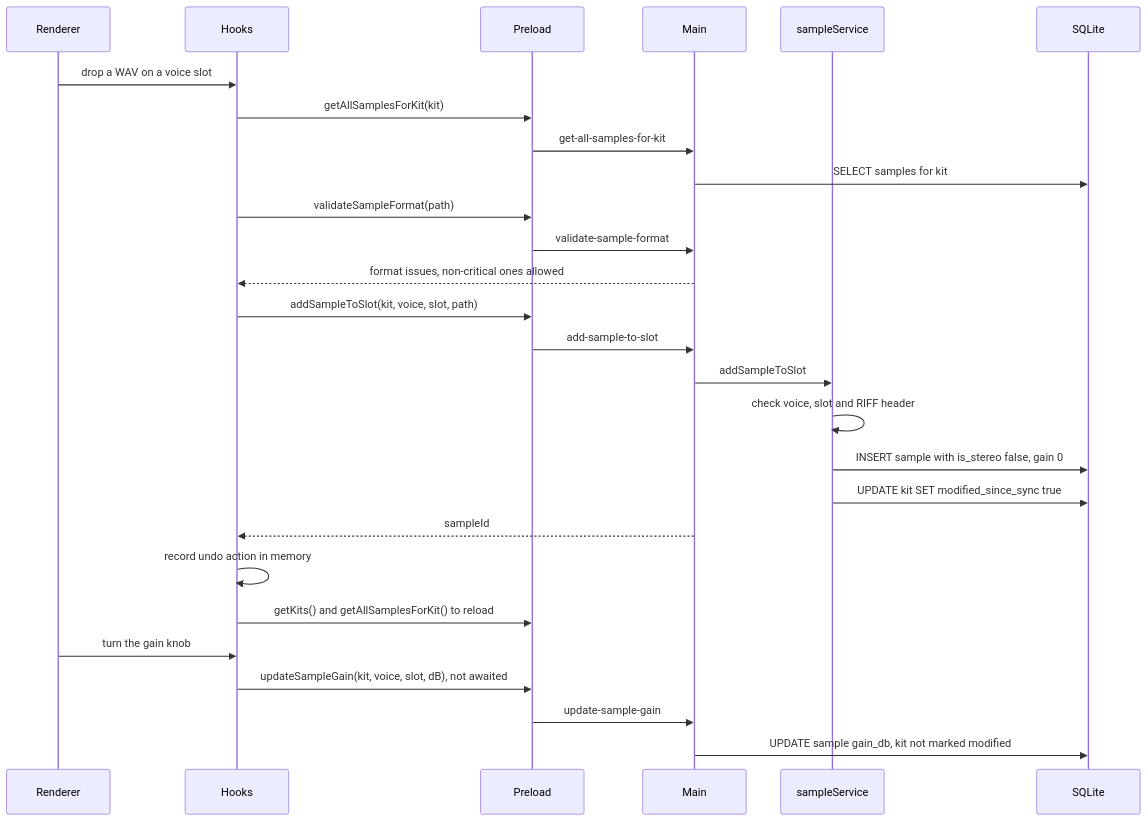
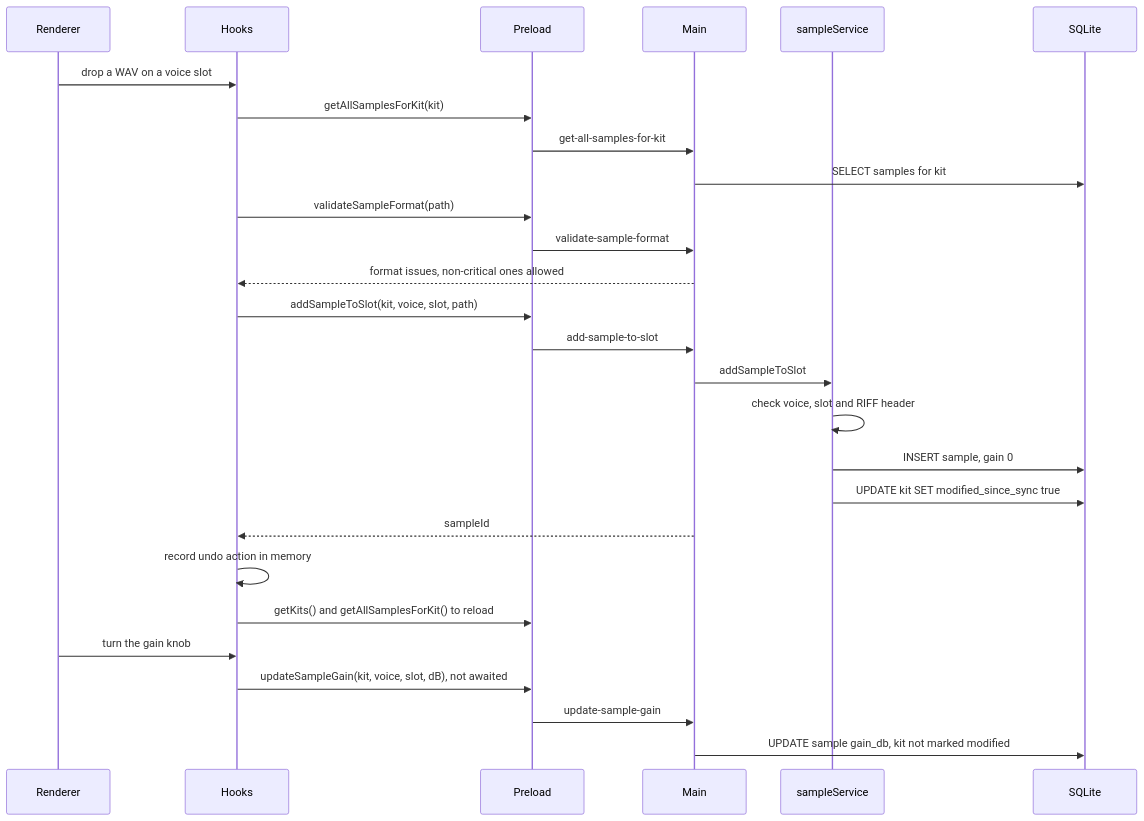
The third of 4 diagrams in aidlc-docs/inception/reverse-engineering/architecture.md (peteb4ker/romper), drawn with Mermaid before and after one commit. The commit also changed 94 other files, not shown here.

````diff
--- a/aidlc-docs/inception/reverse-engineering/architecture.md
+++ b/aidlc-docs/inception/reverse-engineering/architecture.md
@@ -210,29 +210,29 @@
 ```mermaid
 sequenceDiagram
     participant R as Renderer
     participant H as Hooks
     participant P as Preload
     participant M as Main
     participant S as sampleService
     participant DB as SQLite
     R->>H: drop a WAV on a voice slot
     H->>P: getAllSamplesForKit(kit)
     P->>M: get-all-samples-for-kit
     M->>DB: SELECT samples for kit
     H->>P: validateSampleFormat(path)
     P->>M: validate-sample-format
     M-->>H: format issues, non-critical ones allowed
     H->>P: addSampleToSlot(kit, voice, slot, path)
     P->>M: add-sample-to-slot
     M->>S: addSampleToSlot
     S->>S: check voice, slot and RIFF header
-    S->>DB: INSERT sample with is_stereo false, gain 0
+    S->>DB: INSERT sample, gain 0
     S->>DB: UPDATE kit SET modified_since_sync true
     M-->>H: sampleId
     H->>H: record undo action in memory
     H->>P: getKits() and getAllSamplesForKit() to reload
     R->>H: turn the gain knob
     H->>P: updateSampleGain(kit, voice, slot, dB), not awaited
     P->>M: update-sample-gain
     M->>DB: UPDATE sample gain_db, kit not marked modified
 ```
````
